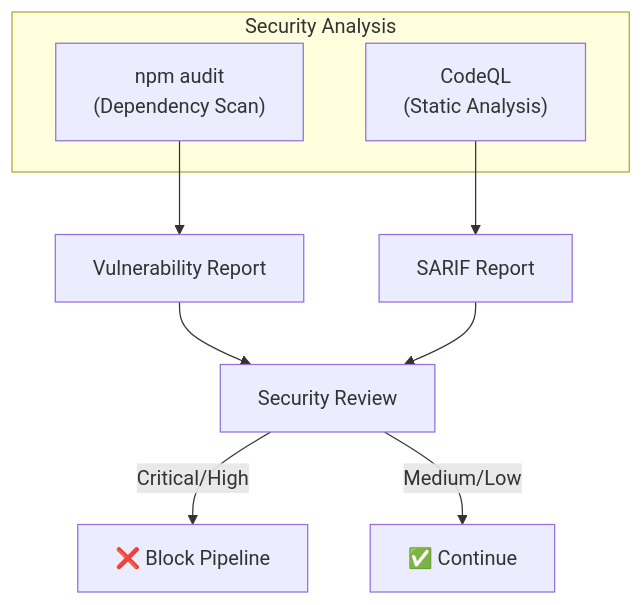
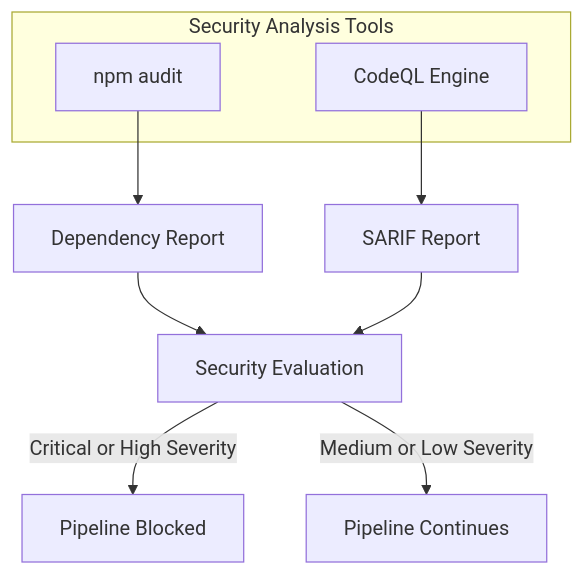
The third of 8 diagrams in docs/CI_CD_PIPELINE.md (WSO2-G02/salon-booking-frontend-dev), drawn with Mermaid before and after one commit. The commit also changed other lines of this file and 2 other files, not shown here.

````diff
--- a/docs/CI_CD_PIPELINE.md
+++ b/docs/CI_CD_PIPELINE.md
@@ -153,15 +137,16 @@
 ```mermaid
 flowchart TB
-    subgraph SAST["Security Analysis"]
-        npm_audit["npm audit\n(Dependency Scan)"]
-        codeql["CodeQL\n(Static Analysis)"]
+    subgraph SecurityTools["Security Analysis Tools"]
+        npm_audit["npm audit"]
+        codeql["CodeQL Engine"]
     end
     
-    npm_audit --> findings1["Vulnerability Report"]
-    codeql --> findings2["SARIF Report"]
+    npm_audit --> dep_report["Dependency Report"]
+    codeql --> sarif_report["SARIF Report"]
     
-    findings1 --> review["Security Review"]
-    findings2 --> review
-    review --> |"Critical/High"| block["❌ Block Pipeline"]
-    review --> |"Medium/Low"| continue["✅ Continue"]
+    dep_report --> evaluation["Security Evaluation"]
+    sarif_report --> evaluation
+    
+    evaluation --> |"Critical or High Severity"| pipeline_blocked["Pipeline Blocked"]
+    evaluation --> |"Medium or Low Severity"| pipeline_continues["Pipeline Continues"]
 ```
````
